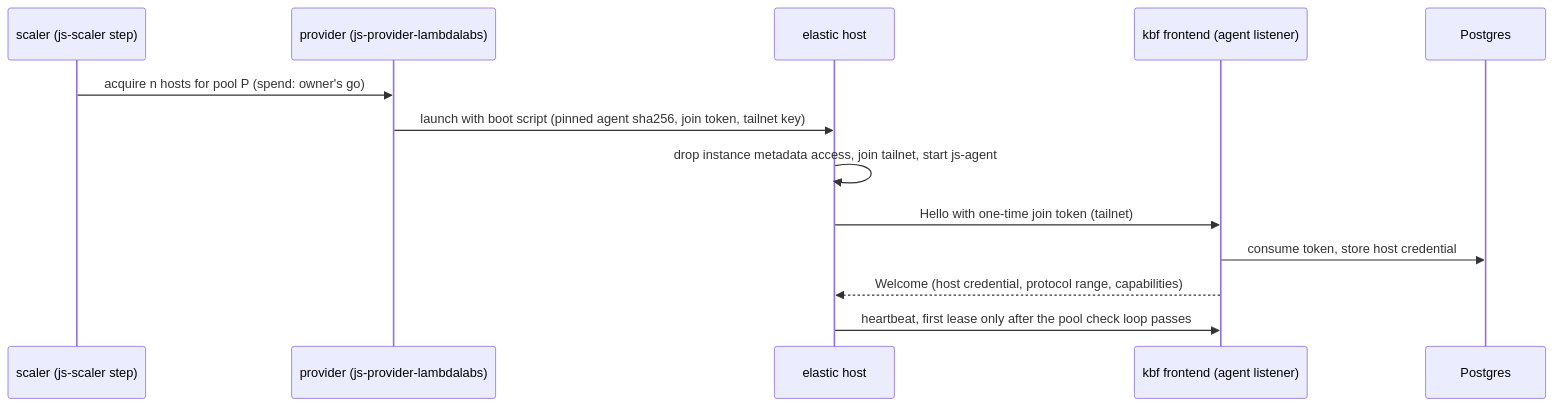
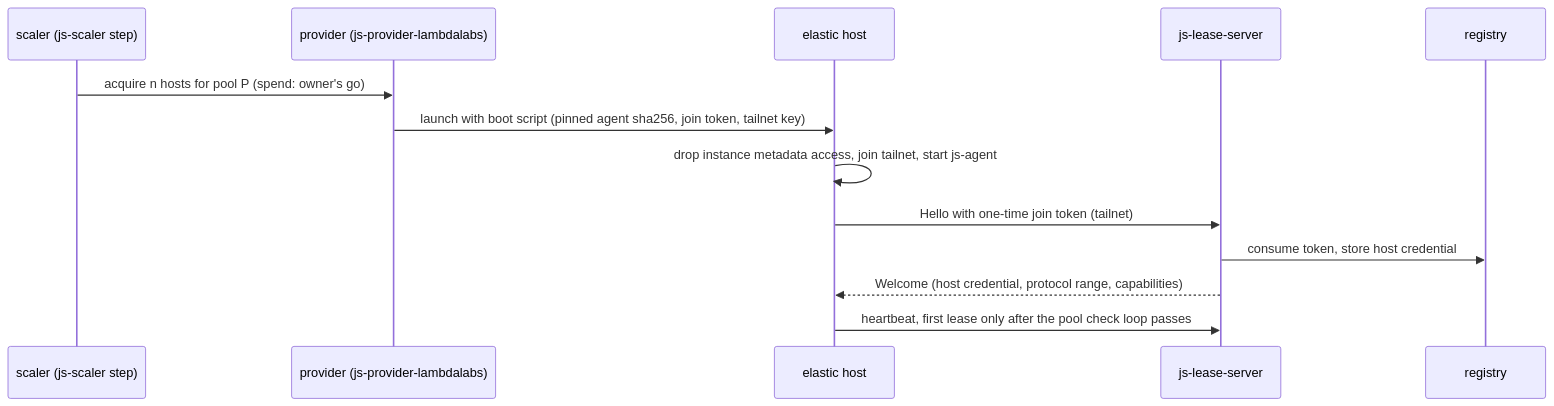
The fourth of 14 diagrams in docs/design/kbf-on-js-agent.md (komira-ai/jobscheduler), drawn with Mermaid before and after one commit. The commit also changed other lines of this file and 2 other files, not shown here.

First line of the commit message:
DESIGN: kbf on js-agent, fold in the lease-server integration, kbf-task, node side, live tierstore and read grant

````diff
--- a/docs/design/kbf-on-js-agent.md
+++ b/docs/design/kbf-on-js-agent.md
@@ -217,15 +221,15 @@
 ```mermaid
 sequenceDiagram
   participant SC as scaler (js-scaler step)
   participant PV as provider (js-provider-lambdalabs)
   participant H as elastic host
-  participant F as kbf frontend (agent listener)
-  participant D as Postgres
+  participant F as js-lease-server
+  participant D as registry
   SC->>PV: acquire n hosts for pool P (spend: owner's go)
   PV->>H: launch with boot script (pinned agent sha256, join token, tailnet key)
   H->>H: drop instance metadata access, join tailnet, start js-agent
   H->>F: Hello with one-time join token (tailnet)
   F->>D: consume token, store host credential
   F-->>H: Welcome (host credential, protocol range, capabilities)
   H->>F: heartbeat, first lease only after the pool check loop passes
 ```
````
